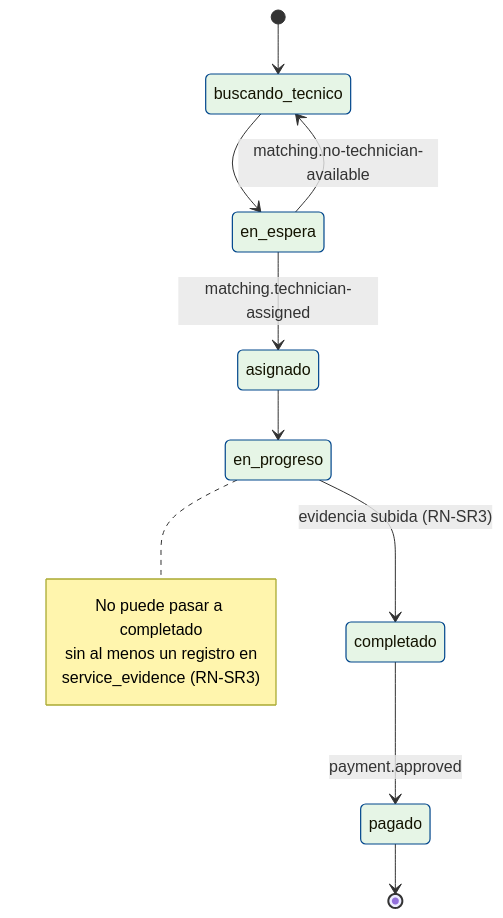
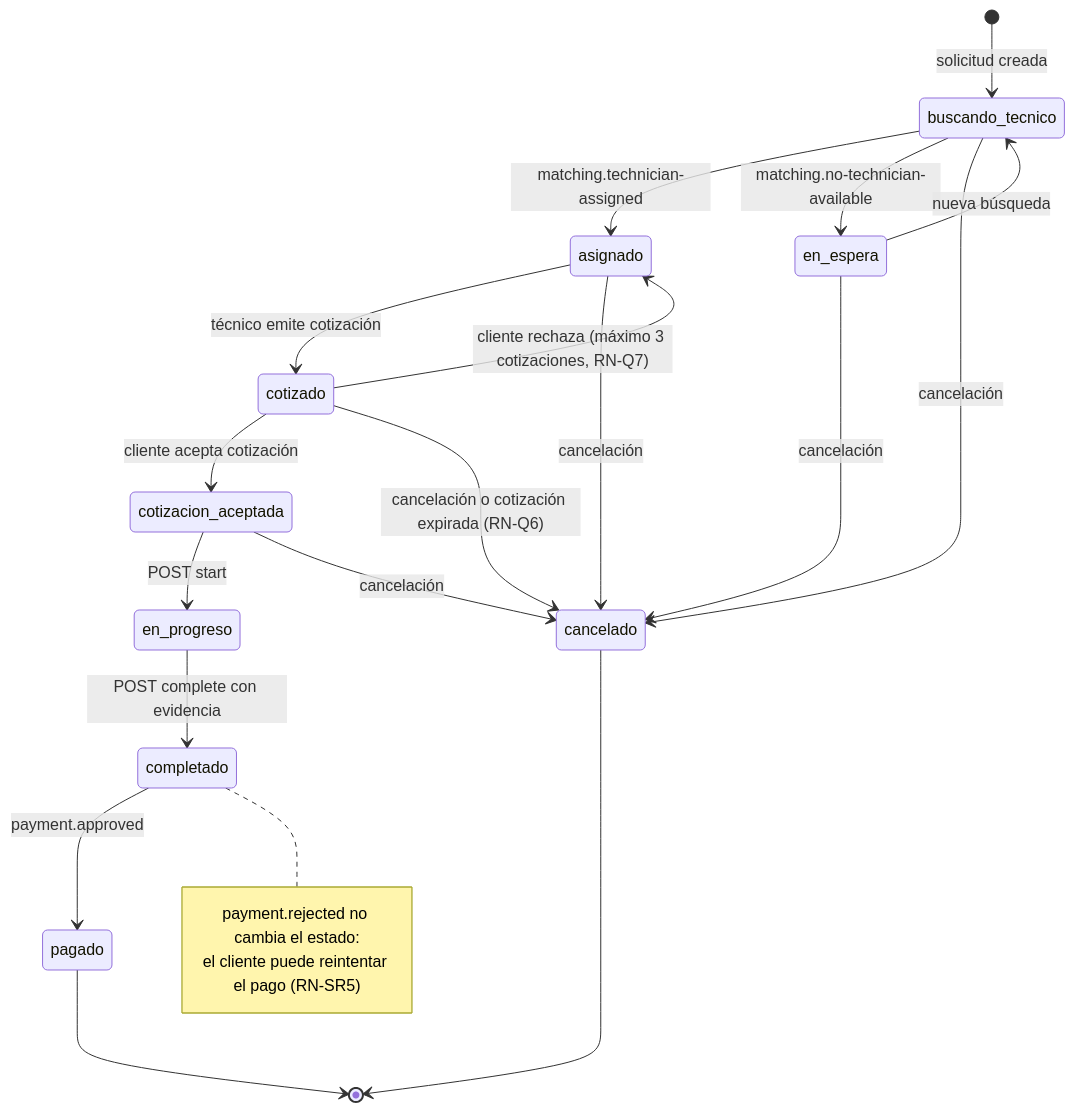
Before and after one commit to sebas0430/Arquitectura: the third of 5 diagrams in Documentos/DDv2.md, drawn with Mermaid. The commit also changed other lines of this file, not shown here.

Commit message:
docs: actualizar DD a v2 alineado con SAD, SDD e infraestructura

````diff
--- a/Documentos/DDv2.md
+++ b/Documentos/DDv2.md
@@ -984,20 +973,26 @@
 ```mermaid
 stateDiagram-v2
-    [*] --> buscando_tecnico
-    buscando_tecnico --> en_espera
-    en_espera --> buscando_tecnico : matching.no-technician-available
-    en_espera --> asignado : matching.technician-assigned
-    asignado --> en_progreso
-    en_progreso --> completado : evidencia subida (RN-SR3)
+    [*] --> buscando_tecnico : solicitud creada
+    buscando_tecnico --> asignado : matching.technician-assigned
+    buscando_tecnico --> en_espera : matching.no-technician-available
+    en_espera --> buscando_tecnico : nueva búsqueda
+    asignado --> cotizado : técnico emite cotización
+    cotizado --> asignado : cliente rechaza (máximo 3 cotizaciones, RN-Q7)
+    cotizado --> cotizacion_aceptada : cliente acepta cotización
+    cotizacion_aceptada --> en_progreso : POST start
+    en_progreso --> completado : POST complete con evidencia
     completado --> pagado : payment.approved
     pagado --> [*]
 
-    note right of en_progreso
-        No puede pasar a completado
-        sin al menos un registro en
-        service_evidence (RN-SR3)
+    buscando_tecnico --> cancelado : cancelación
+    en_espera --> cancelado : cancelación
+    asignado --> cancelado : cancelación
+    cotizado --> cancelado : cancelación o cotización expirada (RN-Q6)
+    cotizacion_aceptada --> cancelado : cancelación
+    cancelado --> [*]
+
+    note right of completado
+        payment.rejected no cambia el estado:
+        el cliente puede reintentar el pago (RN-SR5)
     end note
-
-    classDef estado fill:#E6F5E6,stroke:#00468C,stroke-width:1.2px
-    class buscando_tecnico,en_espera,asignado,en_progreso,completado,pagado estado
 ```
````
